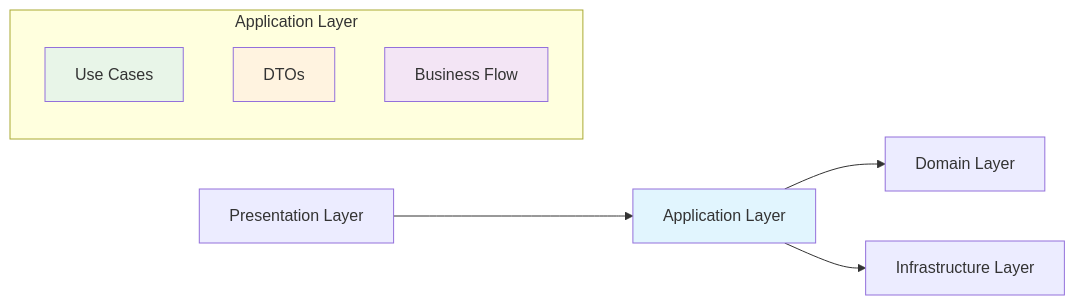
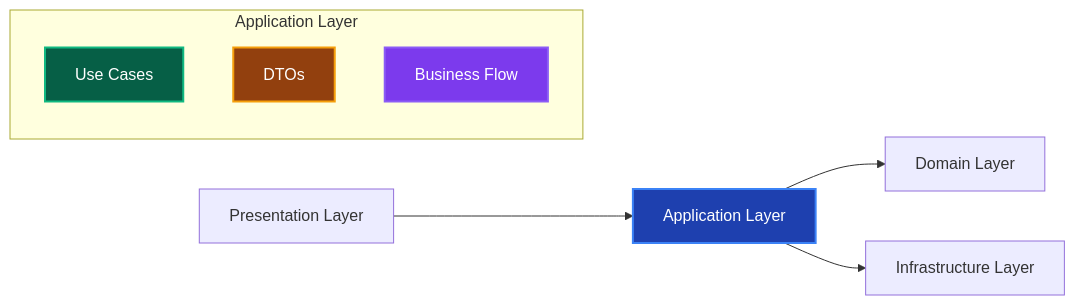
The diagram in _DOCS/guides/ddd/layers/application-layer.md (derushio/d-next-ddd-example), drawn with Mermaid before and after one commit. The commit also changed 31 other files, not shown here.

Commit message:
🎨: DOCSのMermaid図表カラーテーマを暗色に統一し視認性を向上

````diff
--- a/_DOCS/guides/ddd/layers/application-layer.md
+++ b/_DOCS/guides/ddd/layers/application-layer.md
@@ -11,17 +11,17 @@
 ```mermaid
 graph LR
     PRES[Presentation Layer] --> APP[Application Layer]
     APP --> DOMAIN[Domain Layer]
     APP --> INFRA[Infrastructure Layer]
     
     subgraph "Application Layer"
         UC[Use Cases]
         DTO[DTOs]
         FLOW[Business Flow]
     end
     
-    style APP fill:#e1f5fe
-    style UC fill:#e8f5e8
-    style DTO fill:#fff3e0
-    style FLOW fill:#f3e5f5
+    style APP fill:#1e40af,stroke:#3b82f6,stroke-width:2px,color:#ffffff
+    style UC fill:#065f46,stroke:#10b981,stroke-width:2px,color:#ffffff
+    style DTO fill:#92400e,stroke:#f59e0b,stroke-width:2px,color:#ffffff
+    style FLOW fill:#7c3aed,stroke:#8b5cf6,stroke-width:2px,color:#ffffff
 ```
````
